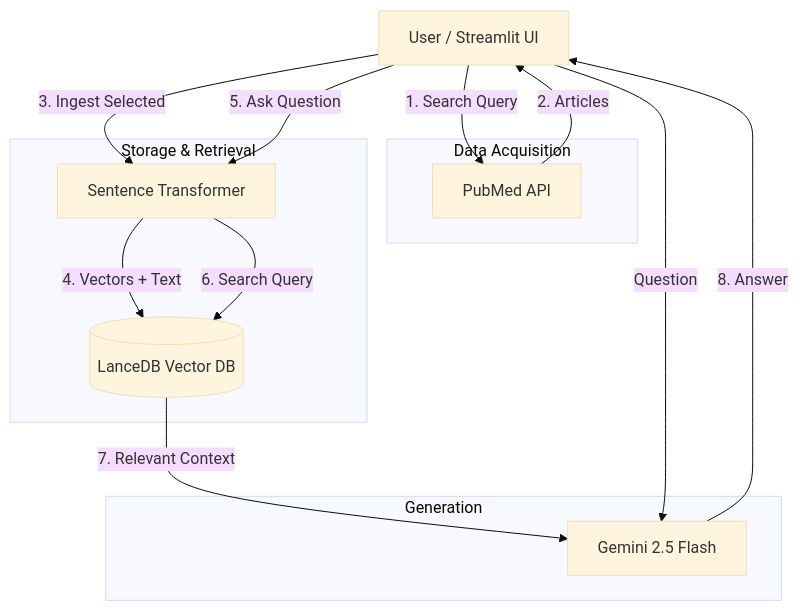
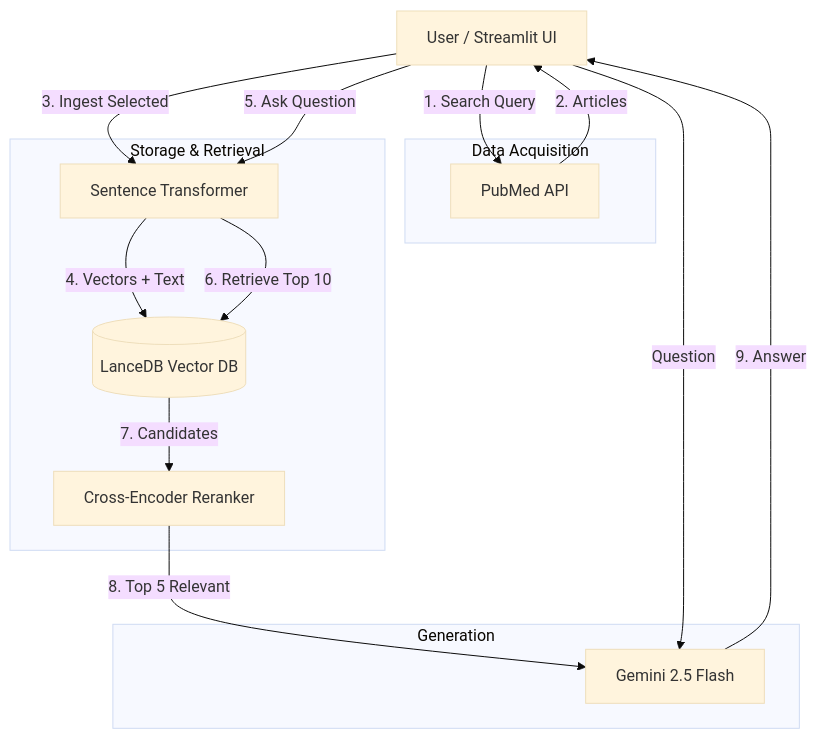
Before and after one commit to geoffkip/PubMed-Assistant: the diagram in README.md, drawn with Mermaid (base theme). The commit also changed other lines of this file and 1 other file, not shown here.

````diff
--- a/README.md
+++ b/README.md
@@ -24,24 +24,26 @@
 ```mermaid
 graph TD
     User[User / Streamlit UI]
     subgraph "Data Acquisition"
         PubMed[PubMed API]
     end
     subgraph "Storage & Retrieval"
         Embed[Sentence Transformer]
         LDB[(LanceDB Vector DB)]
+        Rerank[Cross-Encoder Reranker]
     end
     subgraph "Generation"
         Gemini[Gemini 2.5 Flash]
     end
 
     User -- "1. Search Query" --> PubMed
     PubMed -- "2. Articles" --> User
     User -- "3. Ingest Selected" --> Embed
     Embed -- "4. Vectors + Text" --> LDB
     User -- "5. Ask Question" --> Embed
-    Embed -- "6. Search Query" --> LDB
-    LDB -- "7. Relevant Context" --> Gemini
+    Embed -- "6. Retrieve Top 10" --> LDB
+    LDB -- "7. Candidates" --> Rerank
+    Rerank -- "8. Top 5 Relevant" --> Gemini
     User -- "Question" --> Gemini
-    Gemini -- "8. Answer" --> User
+    Gemini -- "9. Answer" --> User
 ```
````
